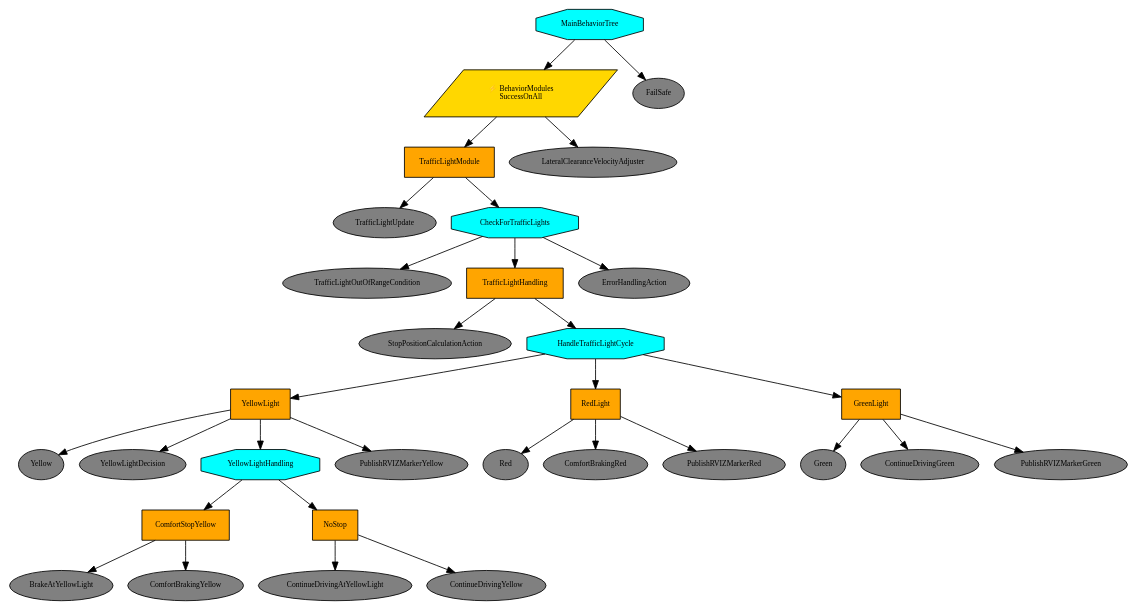
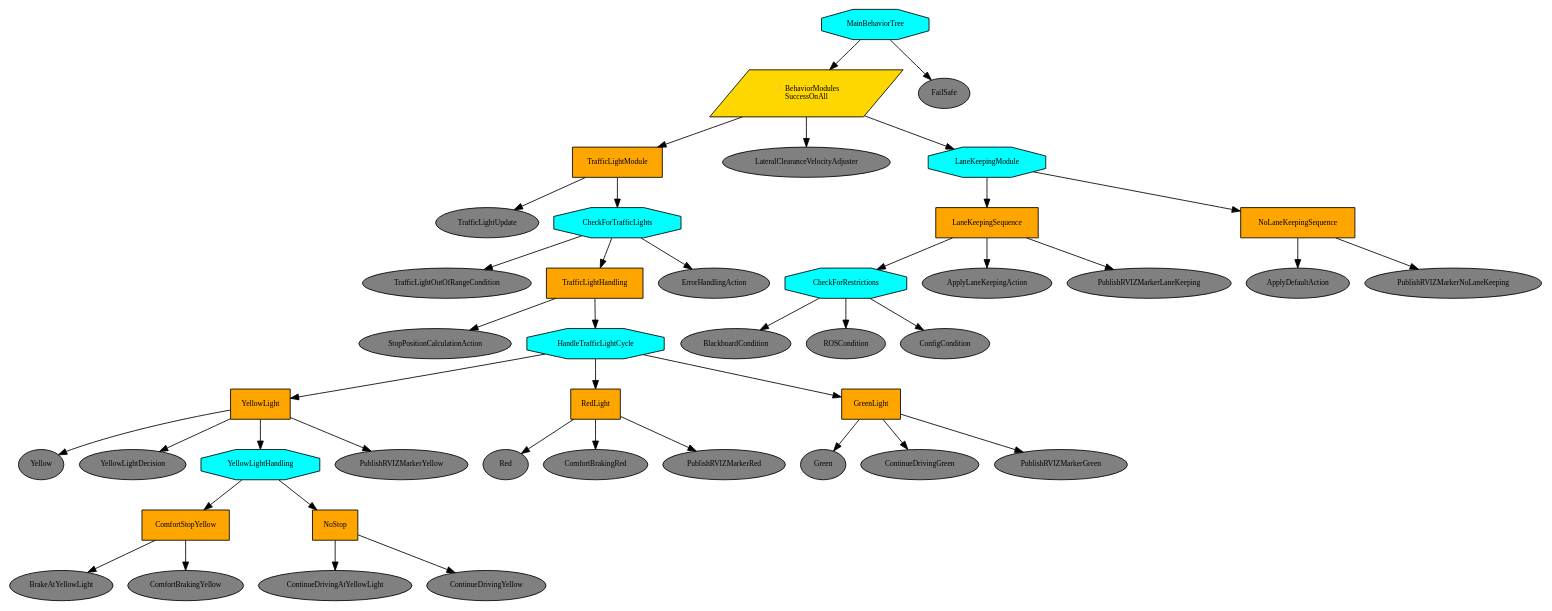
The diagram in src/cr2autoware/cr2autoware/interfaces/implementation/behavior_tree/output/behavior_tree/behavior_tree.dot (CommonRoad/commonroad-autoware-interface), drawn with Graphviz before and after one commit. The commit also changed 12 other files, not shown here.

Commit message:
add Lane Keeping Behavior Module

```diff
--- a/src/cr2autoware/cr2autoware/interfaces/implementation/behavior_tree/output/behavior_tree/behavior_tree.dot
+++ b/src/cr2autoware/cr2autoware/interfaces/implementation/behavior_tree/output/behavior_tree/behavior_tree.dot
@@ -1,67 +1,89 @@
 digraph pastafarianism {
 ordering=out;
 graph [fontname="times-roman"];
 node [fontname="times-roman"];
 edge [fontname="times-roman"];
 MainBehaviorTree [label=MainBehaviorTree, shape=octagon, style=filled, fillcolor=cyan, fontsize=9, fontcolor=black];
 BehaviorModules [label="⚡ BehaviorModules\nSuccessOnAll", shape=parallelogram, style=filled, fillcolor=gold, fontsize=9, fontcolor=black];
 MainBehaviorTree -> BehaviorModules;
 TrafficLightModule [label=TrafficLightModule, shape=box, style=filled, fillcolor=orange, fontsize=9, fontcolor=black];
 BehaviorModules -> TrafficLightModule;
 TrafficLightUpdate [label=TrafficLightUpdate, shape=ellipse, style=filled, fillcolor=gray, fontsize=9, fontcolor=black];
 TrafficLightModule -> TrafficLightUpdate;
 CheckForTrafficLights [label=CheckForTrafficLights, shape=octagon, style=filled, fillcolor=cyan, fontsize=9, fontcolor=black];
 TrafficLightModule -> CheckForTrafficLights;
 TrafficLightOutOfRangeCondition [label=TrafficLightOutOfRangeCondition, shape=ellipse, style=filled, fillcolor=gray, fontsize=9, fontcolor=black];
 CheckForTrafficLights -> TrafficLightOutOfRangeCondition;
 TrafficLightHandling [label=TrafficLightHandling, shape=box, style=filled, fillcolor=orange, fontsize=9, fontcolor=black];
 CheckForTrafficLights -> TrafficLightHandling;
 StopPositionCalculationAction [label=StopPositionCalculationAction, shape=ellipse, style=filled, fillcolor=gray, fontsize=9, fontcolor=black];
 TrafficLightHandling -> StopPositionCalculationAction;
 HandleTrafficLightCycle [label=HandleTrafficLightCycle, shape=octagon, style=filled, fillcolor=cyan, fontsize=9, fontcolor=black];
 TrafficLightHandling -> HandleTrafficLightCycle;
 YellowLight [label=YellowLight, shape=box, style=filled, fillcolor=orange, fontsize=9, fontcolor=black];
 HandleTrafficLightCycle -> YellowLight;
 Yellow [label=Yellow, shape=ellipse, style=filled, fillcolor=gray, fontsize=9, fontcolor=black];
 YellowLight -> Yellow;
 YellowLightDecision [label=YellowLightDecision, shape=ellipse, style=filled, fillcolor=gray, fontsize=9, fontcolor=black];
 YellowLight -> YellowLightDecision;
 YellowLightHandling [label=YellowLightHandling, shape=octagon, style=filled, fillcolor=cyan, fontsize=9, fontcolor=black];
 YellowLight -> YellowLightHandling;
 ComfortStopYellow [label=ComfortStopYellow, shape=box, style=filled, fillcolor=orange, fontsize=9, fontcolor=black];
 YellowLightHandling -> ComfortStopYellow;
 BrakeAtYellowLight [label=BrakeAtYellowLight, shape=ellipse, style=filled, fillcolor=gray, fontsize=9, fontcolor=black];
 ComfortStopYellow -> BrakeAtYellowLight;
 ComfortBrakingYellow [label=ComfortBrakingYellow, shape=ellipse, style=filled, fillcolor=gray, fontsize=9, fontcolor=black];
 ComfortStopYellow -> ComfortBrakingYellow;
 NoStop [label=NoStop, shape=box, style=filled, fillcolor=orange, fontsize=9, fontcolor=black];
 YellowLightHandling -> NoStop;
 ContinueDrivingAtYellowLight [label=ContinueDrivingAtYellowLight, shape=ellipse, style=filled, fillcolor=gray, fontsize=9, fontcolor=black];
 NoStop -> ContinueDrivingAtYellowLight;
 ContinueDrivingYellow [label=ContinueDrivingYellow, shape=ellipse, style=filled, fillcolor=gray, fontsize=9, fontcolor=black];
 NoStop -> ContinueDrivingYellow;
 PublishRVIZMarkerYellow [label=PublishRVIZMarkerYellow, shape=ellipse, style=filled, fillcolor=gray, fontsize=9, fontcolor=black];
 YellowLight -> PublishRVIZMarkerYellow;
 RedLight [label=RedLight, shape=box, style=filled, fillcolor=orange, fontsize=9, fontcolor=black];
 HandleTrafficLightCycle -> RedLight;
 Red [label=Red, shape=ellipse, style=filled, fillcolor=gray, fontsize=9, fontcolor=black];
 RedLight -> Red;
 ComfortBrakingRed [label=ComfortBrakingRed, shape=ellipse, style=filled, fillcolor=gray, fontsize=9, fontcolor=black];
 RedLight -> ComfortBrakingRed;
 PublishRVIZMarkerRed [label=PublishRVIZMarkerRed, shape=ellipse, style=filled, fillcolor=gray, fontsize=9, fontcolor=black];
 RedLight -> PublishRVIZMarkerRed;
 GreenLight [label=GreenLight, shape=box, style=filled, fillcolor=orange, fontsize=9, fontcolor=black];
 HandleTrafficLightCycle -> GreenLight;
 Green [label=Green, shape=ellipse, style=filled, fillcolor=gray, fontsize=9, fontcolor=black];
 GreenLight -> Green;
 ContinueDrivingGreen [label=ContinueDrivingGreen, shape=ellipse, style=filled, fillcolor=gray, fontsize=9, fontcolor=black];
 GreenLight -> ContinueDrivingGreen;
 PublishRVIZMarkerGreen [label=PublishRVIZMarkerGreen, shape=ellipse, style=filled, fillcolor=gray, fontsize=9, fontcolor=black];
 GreenLight -> PublishRVIZMarkerGreen;
 ErrorHandlingAction [label=ErrorHandlingAction, shape=ellipse, style=filled, fillcolor=gray, fontsize=9, fontcolor=black];
 CheckForTrafficLights -> ErrorHandlingAction;
 LateralClearanceVelocityAdjuster [label=LateralClearanceVelocityAdjuster, shape=ellipse, style=filled, fillcolor=gray, fontsize=9, fontcolor=black];
 BehaviorModules -> LateralClearanceVelocityAdjuster;
+LaneKeepingModule [label=LaneKeepingModule, shape=octagon, style=filled, fillcolor=cyan, fontsize=9, fontcolor=black];
+BehaviorModules -> LaneKeepingModule;
+LaneKeepingSequence [label=LaneKeepingSequence, shape=box, style=filled, fillcolor=orange, fontsize=9, fontcolor=black];
+LaneKeepingModule -> LaneKeepingSequence;
+CheckForRestrictions [label=CheckForRestrictions, shape=octagon, style=filled, fillcolor=cyan, fontsize=9, fontcolor=black];
+LaneKeepingSequence -> CheckForRestrictions;
+BlackboardCondition [label=BlackboardCondition, shape=ellipse, style=filled, fillcolor=gray, fontsize=9, fontcolor=black];
+CheckForRestrictions -> BlackboardCondition;
+ROSCondition [label=ROSCondition, shape=ellipse, style=filled, fillcolor=gray, fontsize=9, fontcolor=black];
+CheckForRestrictions -> ROSCondition;
+ConfigCondition [label=ConfigCondition, shape=ellipse, style=filled, fillcolor=gray, fontsize=9, fontcolor=black];
+CheckForRestrictions -> ConfigCondition;
+ApplyLaneKeepingAction [label=ApplyLaneKeepingAction, shape=ellipse, style=filled, fillcolor=gray, fontsize=9, fontcolor=black];
+LaneKeepingSequence -> ApplyLaneKeepingAction;
+PublishRVIZMarkerLaneKeeping [label=PublishRVIZMarkerLaneKeeping, shape=ellipse, style=filled, fillcolor=gray, fontsize=9, fontcolor=black];
+LaneKeepingSequence -> PublishRVIZMarkerLaneKeeping;
+NoLaneKeepingSequence [label=NoLaneKeepingSequence, shape=box, style=filled, fillcolor=orange, fontsize=9, fontcolor=black];
+LaneKeepingModule -> NoLaneKeepingSequence;
+ApplyDefaultAction [label=ApplyDefaultAction, shape=ellipse, style=filled, fillcolor=gray, fontsize=9, fontcolor=black];
+NoLaneKeepingSequence -> ApplyDefaultAction;
+PublishRVIZMarkerNoLaneKeeping [label=PublishRVIZMarkerNoLaneKeeping, shape=ellipse, style=filled, fillcolor=gray, fontsize=9, fontcolor=black];
+NoLaneKeepingSequence -> PublishRVIZMarkerNoLaneKeeping;
 FailSafe [label=FailSafe, shape=ellipse, style=filled, fillcolor=gray, fontsize=9, fontcolor=black];
 MainBehaviorTree -> FailSafe;
 }
```
